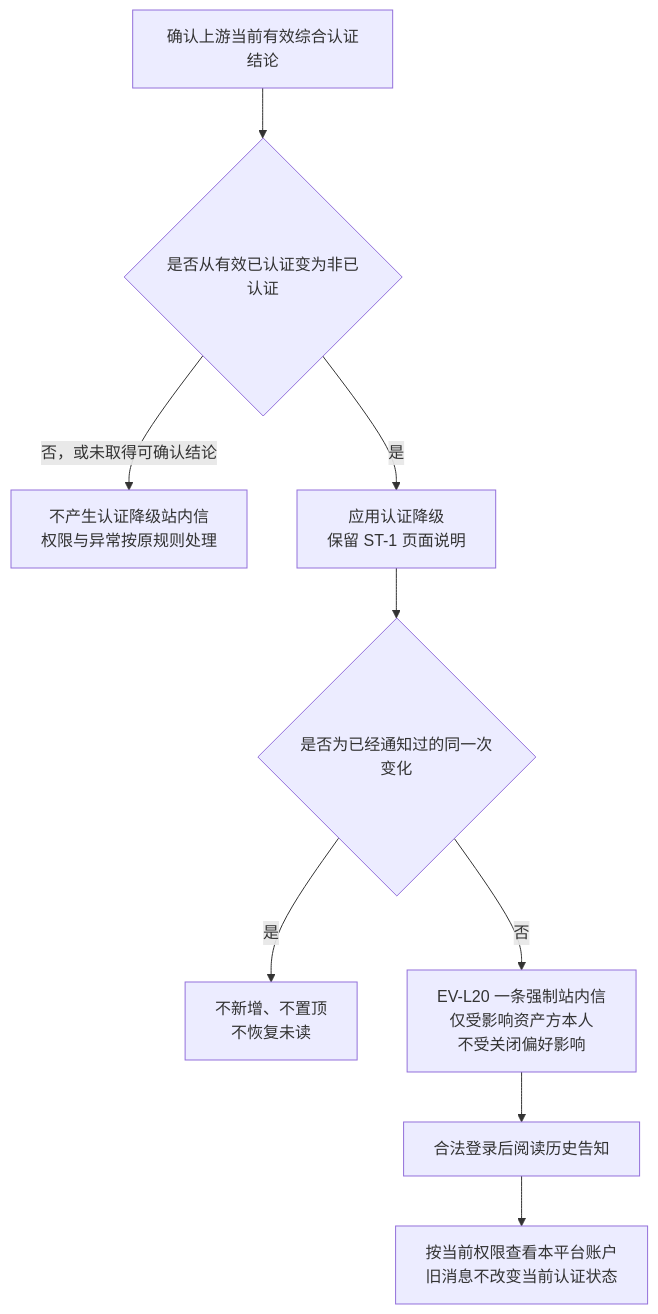
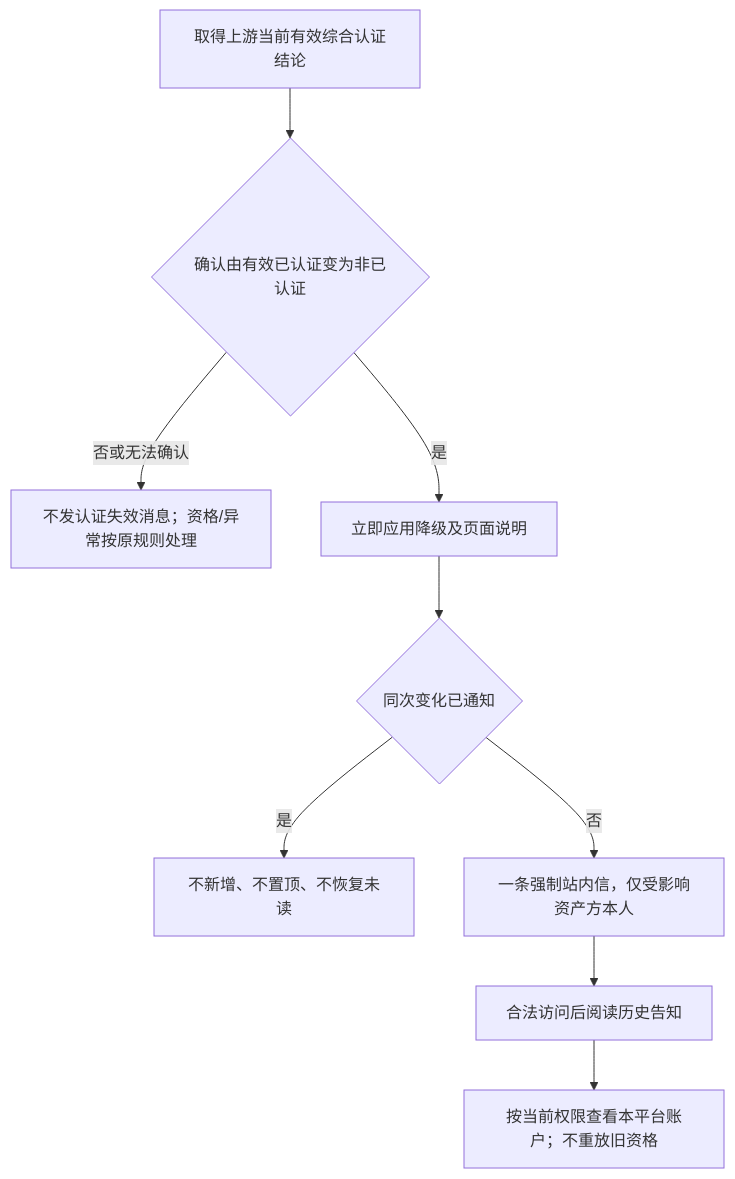
One commit to wxblockchain/Chain-Financing changed the sixth of 6 diagrams in lending-platform/PRD/v2.0-登录与账户体系/03-登录主干与资产方SSO接入-流程图与状态机.md. Above: the diagram before and after it, drawn with Mermaid. The commit also changed other lines of this file and 7 other files, not shown here.

````diff
--- a/lending-platform/PRD/v2.0-登录与账户体系/03-登录主干与资产方SSO接入-流程图与状态机.md
+++ b/lending-platform/PRD/v2.0-登录与账户体系/03-登录主干与资产方SSO接入-流程图与状态机.md
@@ -173,11 +137,11 @@
 ```mermaid
 flowchart TD
-    CHECK["确认上游当前有效综合认证结论"] --> CHANGE{"是否从有效已认证变为非已认证"}
-    CHANGE -->|否，或未取得可确认结论| NO["不产生认证降级站内信<br/>权限与异常按原规则处理"]
-    CHANGE -->|是| APPLY["应用认证降级<br/>保留 ST-1 页面说明"]
-    APPLY --> SAME{"是否为已经通知过的同一次变化"}
-    SAME -->|是| KEEP["不新增、不置顶<br/>不恢复未读"]
-    SAME -->|否| NOTICE["EV-L20 一条强制站内信<br/>仅受影响资产方本人<br/>不受关闭偏好影响"]
-    NOTICE --> READ["合法登录后阅读历史告知"]
-    READ --> ACCOUNT["按当前权限查看本平台账户<br/>旧消息不改变当前认证状态"]
+    V["取得上游当前有效综合认证结论"] --> CHANGE{"确认由有效已认证变为非已认证"}
+    CHANGE -->|否或无法确认| NONE["不发认证失效消息；资格/异常按原规则处理"]
+    CHANGE -->|是| APPLY["立即应用降级及页面说明"]
+    APPLY --> SAME{"同次变化已通知"}
+    SAME -->|是| KEEP["不新增、不置顶、不恢复未读"]
+    SAME -->|否| SEND["一条强制站内信，仅受影响资产方本人"]
+    SEND --> READ["合法访问后阅读历史告知"]
+    READ --> TARGET["按当前权限查看本平台账户；不重放旧资格"]
 ```
````
